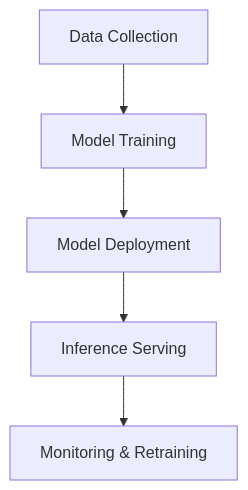
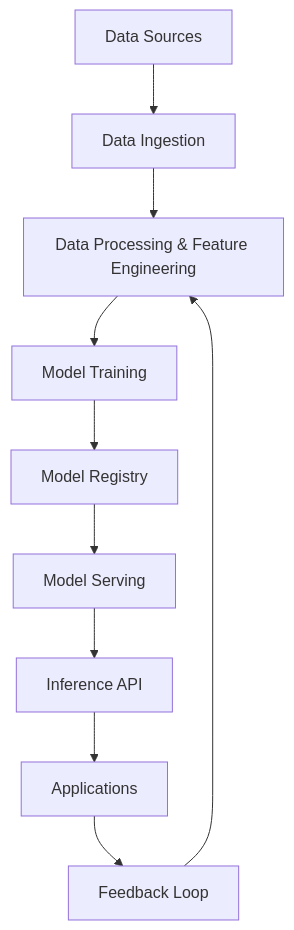
Before and after one commit to VrushankPatel/interview-matters: the diagram in machine-learning-in-system-design/README.md, drawn with Mermaid. The commit also changed other lines of this file and 3 other files, not shown here.

Commit message:
kb: add/update topics api-security-best-practices, oauth-and-jwt-authentication, websockets-for-real-time-apps, probabilistic-data-structures, machine-learning-in-system-design

````diff
--- a/machine-learning-in-system-design/README.md
+++ b/machine-learning-in-system-design/README.md
@@ -51,7 +36,12 @@
 ```mermaid
 graph TD
-    A[Data Collection] --> B[Model Training]
-    B --> C[Model Deployment]
-    C --> D[Inference Serving]
-    D --> E[Monitoring & Retraining]
+    A[Data Sources] --> B[Data Ingestion]
+    B --> C[Data Processing & Feature Engineering]
+    C --> D[Model Training]
+    D --> E[Model Registry]
+    E --> F[Model Serving]
+    F --> G[Inference API]
+    G --> H[Applications]
+    H --> I[Feedback Loop]
+    I --> C
 ```
````
